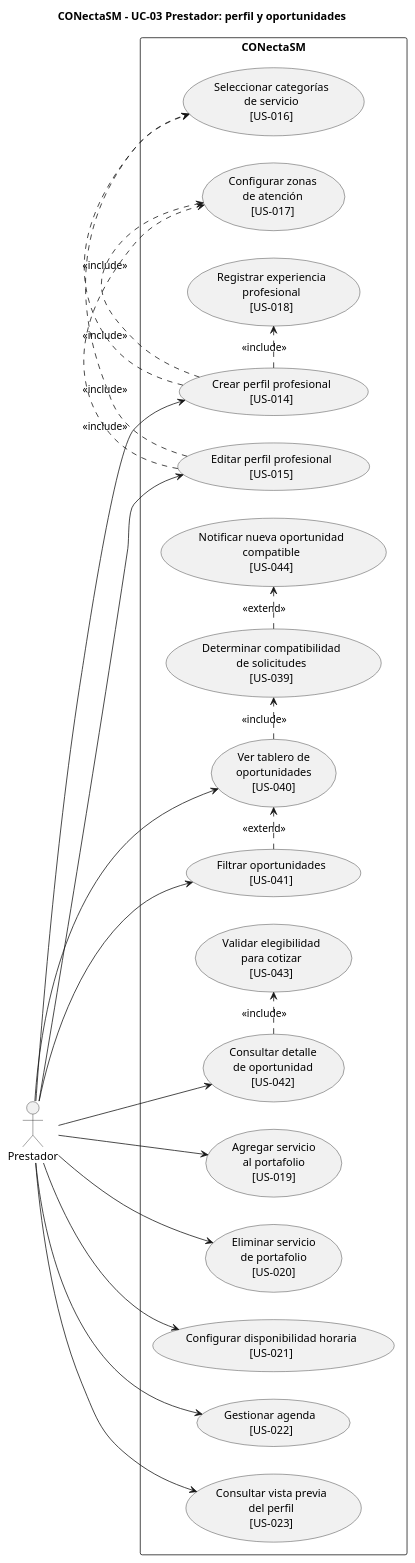
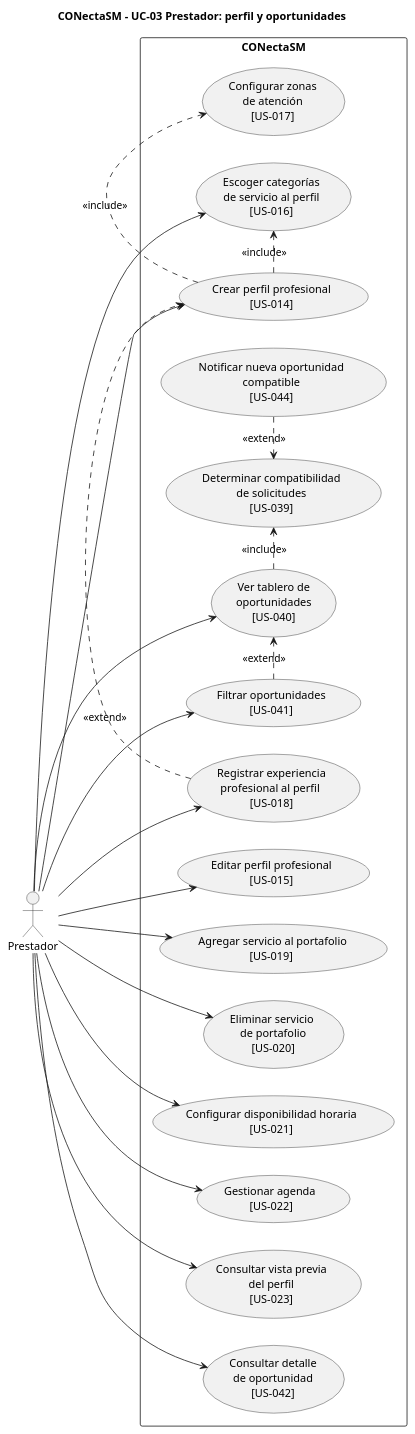
Before and after one commit to JsMartinez-dev/proyecto-diseno-ingenieria: the diagram in FASE-4-Prototipar/08-Casos-de-Uso/Caso-de-uso-3/03_prestador_perfil_oportunidades.puml, drawn with PlantUML. The commit also changed other lines of this file and 21 other files, not shown here.

```diff
--- a/FASE-4-Prototipar/08-Casos-de-Uso/Caso-de-uso-3/03_prestador_perfil_oportunidades.puml
+++ b/FASE-4-Prototipar/08-Casos-de-Uso/Caso-de-uso-3/03_prestador_perfil_oportunidades.puml
@@ -4,51 +1,49 @@
 @startuml
 title CONectaSM - UC-03 Prestador: perfil y oportunidades
 left to right direction
 skinparam packageStyle rectangle
 skinparam shadowing false
 
 actor "Prestador" as Prestador
 
 rectangle "CONectaSM" {
   usecase "Crear perfil profesional\n[US-014]" as UC014
   usecase "Editar perfil profesional\n[US-015]" as UC015
-  usecase "Seleccionar categorías\nde servicio\n[US-016]" as UC016
+  usecase "Escoger categorías\nde servicio al perfil\n[US-016]" as UCAgregarCategoria
   usecase "Configurar zonas\nde atención\n[US-017]" as UC017
-  usecase "Registrar experiencia\nprofesional\n[US-018]" as UC018
-  usecase "Agregar servicio\nal portafolio\n[US-019]" as UC019
-  usecase "Eliminar servicio\nde portafolio\n[US-020]" as UC020
+  usecase "Registrar experiencia\nprofesional al perfil \n[US-018]" as UC018
+  usecase " Agregar servicio al portafolio\n[US-019]" as UC019
+  usecase "Eliminar servicio \nde portafolio\n[US-020]" as UC020
   usecase "Configurar disponibilidad horaria\n[US-021]" as UC021
   usecase "Gestionar agenda \n[US-022]" as UC022
   usecase "Consultar vista previa\ndel perfil\n[US-023]" as UC023
 
   usecase "Determinar compatibilidad\nde solicitudes\n[US-039]" as UC039
   usecase "Ver tablero de\noportunidades\n[US-040]" as UC040
   usecase "Filtrar oportunidades\n[US-041]" as UC041
   usecase "Consultar detalle\nde oportunidad\n[US-042]" as UC042
-  usecase "Validar elegibilidad\npara cotizar\n[US-043]" as UC043
   usecase "Notificar nueva oportunidad\ncompatible\n[US-044]" as UC044
 }
 
 Prestador --> UC014
+Prestador --> UC018
 Prestador --> UC015
+Prestador --> UCAgregarCategoria
 Prestador --> UC019
 Prestador --> UC020
 Prestador --> UC021
 Prestador --> UC022
 Prestador --> UC023
 Prestador --> UC040
 Prestador --> UC041
 Prestador --> UC042
 
-UC014 .> UC016 : <<include>>
 UC014 .> UC017 : <<include>>
-UC014 .> UC018 : <<include>>
-UC015 .> UC016 : <<include>>
-UC015 .> UC017 : <<include>>
+UC014 .> UCAgregarCategoria : <<include>>
+
 
 UC040 .> UC039 : <<include>>
 UC041 .> UC040 : <<extend>>
-UC042 .> UC043 : <<include>>
-UC039 .> UC044 : <<extend>>
-
+UC044 .> UC039 : <<extend>>
+UC018 .> UC014 : <<extend>>
 @enduml
```
